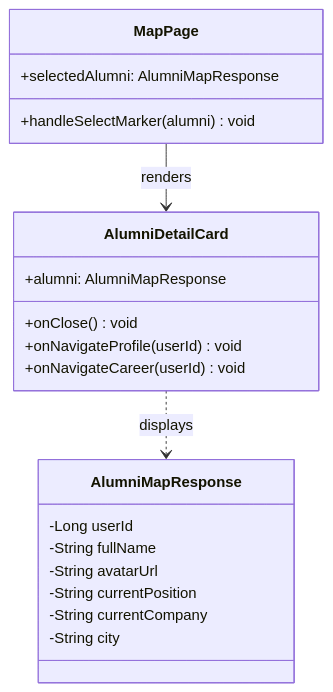
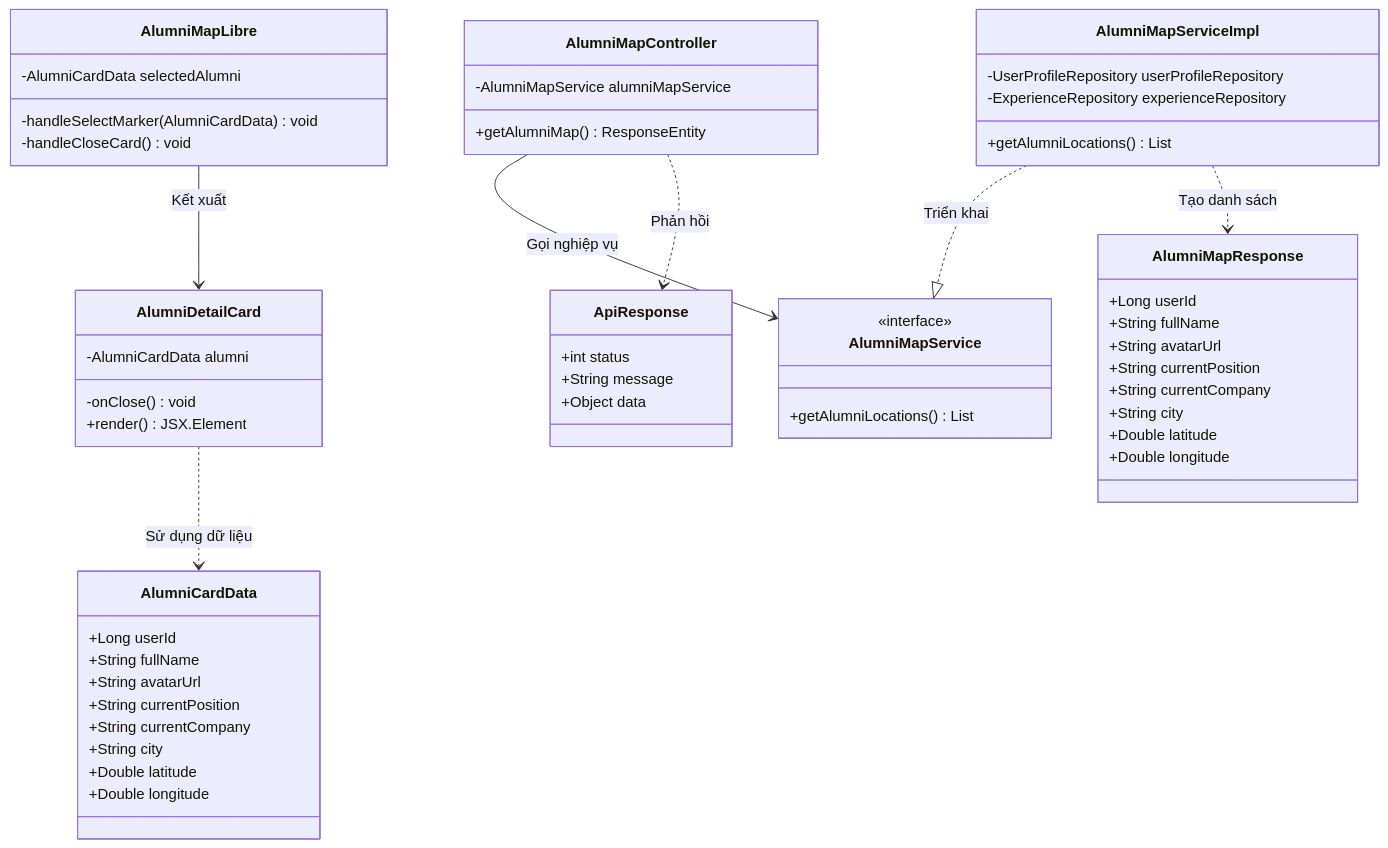
The second of 3 diagrams in docs/update_SRS/SRS_UC_57_ViewProfileFromMarker.md (Alumnect/Alumnect), drawn with Mermaid before and after one commit. The commit also changed other lines of this file and 14 other files, not shown here.

````diff
--- a/docs/update_SRS/SRS_UC_57_ViewProfileFromMarker.md
+++ b/docs/update_SRS/SRS_UC_57_ViewProfileFromMarker.md
@@ -67,26 +137,69 @@
 ```mermaid
 classDiagram
-    class MapPage {
-        +selectedAlumni: AlumniMapResponse
-        +handleSelectMarker(alumni) void
+    %% --- TẦNG GIAO DIỆN FRONTEND ---
+    class AlumniMapLibre {
+        -AlumniCardData selectedAlumni
+        -handleSelectMarker(AlumniCardData) void
+        -handleCloseCard() void
     }
 
     class AlumniDetailCard {
-        +alumni: AlumniMapResponse
-        +onClose() void
-        +onNavigateProfile(userId) void
-        +onNavigateCareer(userId) void
+        -AlumniCardData alumni
+        -onClose() void
+        +render() JSX.Element
+    }
+
+    class AlumniCardData {
+        +Long userId
+        +String fullName
+        +String avatarUrl
+        +String currentPosition
+        +String currentCompany
+        +String city
+        +Double latitude
+        +Double longitude
+    }
+
+    %% --- TẦNG CONTROLLER & DTO BACKEND ---
+    class AlumniMapController {
+        -AlumniMapService alumniMapService
+        +getAlumniMap() ResponseEntity
     }
 
     class AlumniMapResponse {
-        -Long userId
-        -String fullName
-        -String avatarUrl
-        -String currentPosition
-        -String currentCompany
-        -String city
+        +Long userId
+        +String fullName
+        +String avatarUrl
+        +String currentPosition
+        +String currentCompany
+        +String city
+        +Double latitude
+        +Double longitude
     }
 
-    MapPage --> AlumniDetailCard : renders
-    AlumniDetailCard ..> AlumniMapResponse : displays
+    class ApiResponse {
+        +int status
+        +String message
+        +Object data
+    }
+
+    %% --- TẦNG SERVICE BACKEND ---
+    class AlumniMapService {
+        <<interface>>
+        +getAlumniLocations() List
+    }
+
+    class AlumniMapServiceImpl {
+        -UserProfileRepository userProfileRepository
+        -ExperienceRepository experienceRepository
+        +getAlumniLocations() List
+    }
+
+    %% --- MỐI QUAN HỆ ---
+    AlumniMapLibre --> AlumniDetailCard : Kết xuất
+    AlumniDetailCard ..> AlumniCardData : Sử dụng dữ liệu
+    AlumniMapController --> AlumniMapService : Gọi nghiệp vụ
+    AlumniMapController ..> ApiResponse : Phản hồi
+    AlumniMapServiceImpl ..|> AlumniMapService : Triển khai
+    AlumniMapServiceImpl ..> AlumniMapResponse : Tạo danh sách
 ```
````
